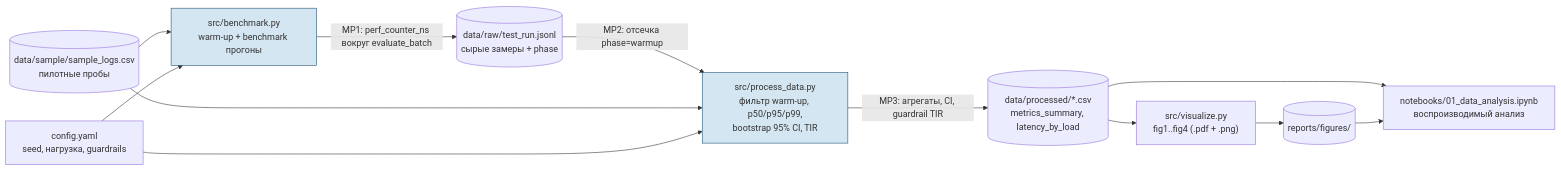
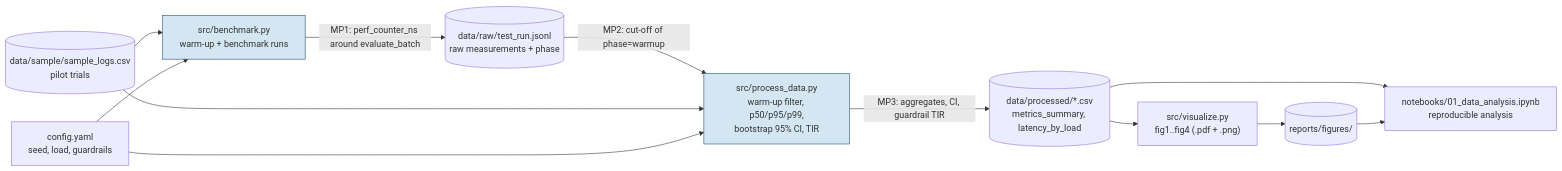
One commit to DIMASUBMARINA/ai-avatar-perception-study changed the diagram in docs/domain_model.md. Above: the diagram before and after it, drawn with Mermaid. The commit also changed other lines of this file and 7 other files, not shown here.

````diff
--- a/docs/domain_model.md
+++ b/docs/domain_model.md
@@ -79,27 +81,27 @@
 ```mermaid
 flowchart LR
-    S[("data/sample/sample_logs.csv<br/>пилотные пробы")]
-    C["config.yaml<br/>seed, нагрузка, guardrails"]
-    B["src/benchmark.py<br/>warm-up + benchmark прогоны"]
-    R[("data/raw/test_run.jsonl<br/>сырые замеры + phase")]
-    P["src/process_data.py<br/>фильтр warm-up, p50/p95/p99,<br/>bootstrap 95% CI, TIR"]
+    S[("data/sample/sample_logs.csv<br/>pilot trials")]
+    C["config.yaml<br/>seed, load, guardrails"]
+    B["src/benchmark.py<br/>warm-up + benchmark runs"]
+    R[("data/raw/test_run.jsonl<br/>raw measurements + phase")]
+    P["src/process_data.py<br/>warm-up filter, p50/p95/p99,<br/>bootstrap 95% CI, TIR"]
     M[("data/processed/*.csv<br/>metrics_summary, latency_by_load")]
     V["src/visualize.py<br/>fig1..fig4 (.pdf + .png)"]
     F[("reports/figures/")]
-    N["notebooks/01_data_analysis.ipynb<br/>воспроизводимый анализ"]
+    N["notebooks/01_data_analysis.ipynb<br/>reproducible analysis"]
 
     S --> B
     C --> B
-    B -- "MP1: perf_counter_ns вокруг evaluate_batch" --> R
-    R -- "MP2: отсечка phase=warmup" --> P
+    B -- "MP1: perf_counter_ns around evaluate_batch" --> R
+    R -- "MP2: cut-off of phase=warmup" --> P
     S --> P
     C --> P
-    P -- "MP3: агрегаты, CI, guardrail TIR" --> M
+    P -- "MP3: aggregates, CI, guardrail TIR" --> M
     M --> V
     V --> F
     M --> N
     F --> N
 
     style B fill:#d4e6f1,stroke:#1b4f72
     style P fill:#d4e6f1,stroke:#1b4f72
 ```
````
